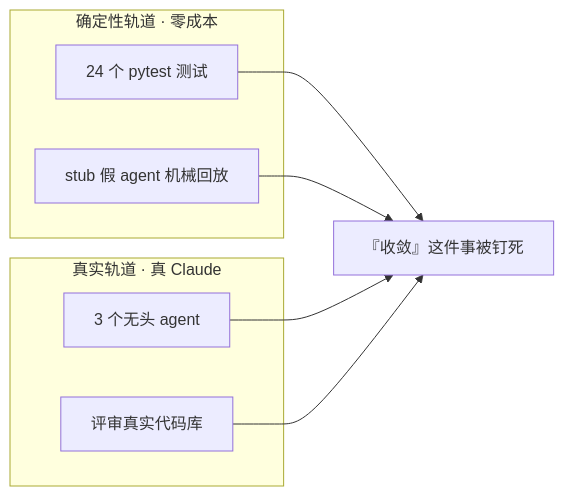
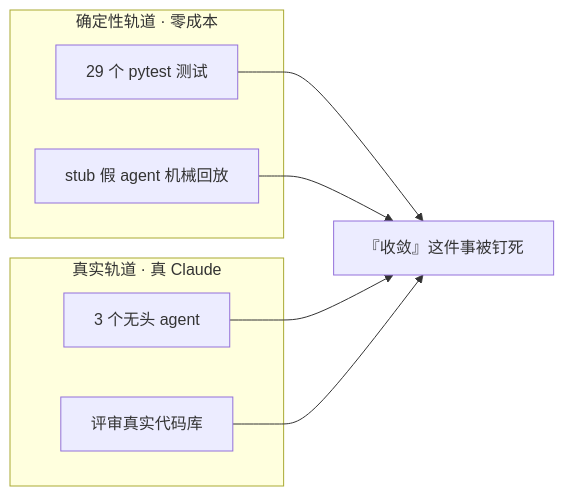
One commit to yhyu13/CrossAgentMCP changed the fifth of 5 diagrams in 知乎文章.md. Above: the diagram before and after it, drawn with Mermaid. The commit also changed other lines of this file and 12 other files, not shown here.

````diff
--- a/知乎文章.md
+++ b/知乎文章.md
@@ -150,15 +150,15 @@
 ```mermaid
 flowchart LR
     subgraph ZERO["确定性轨道 · 零成本"]
-        T["24 个 pytest 测试"]
+        T["29 个 pytest 测试"]
         S["stub 假 agent 机械回放"]
     end
     subgraph REAL["真实轨道 · 真 Claude"]
         R["3 个无头 agent"]
         X["评审真实代码库"]
     end
     T --> G["『收敛』这件事被钉死"]
     S --> G
     R --> G
     X --> G
 ```
````
